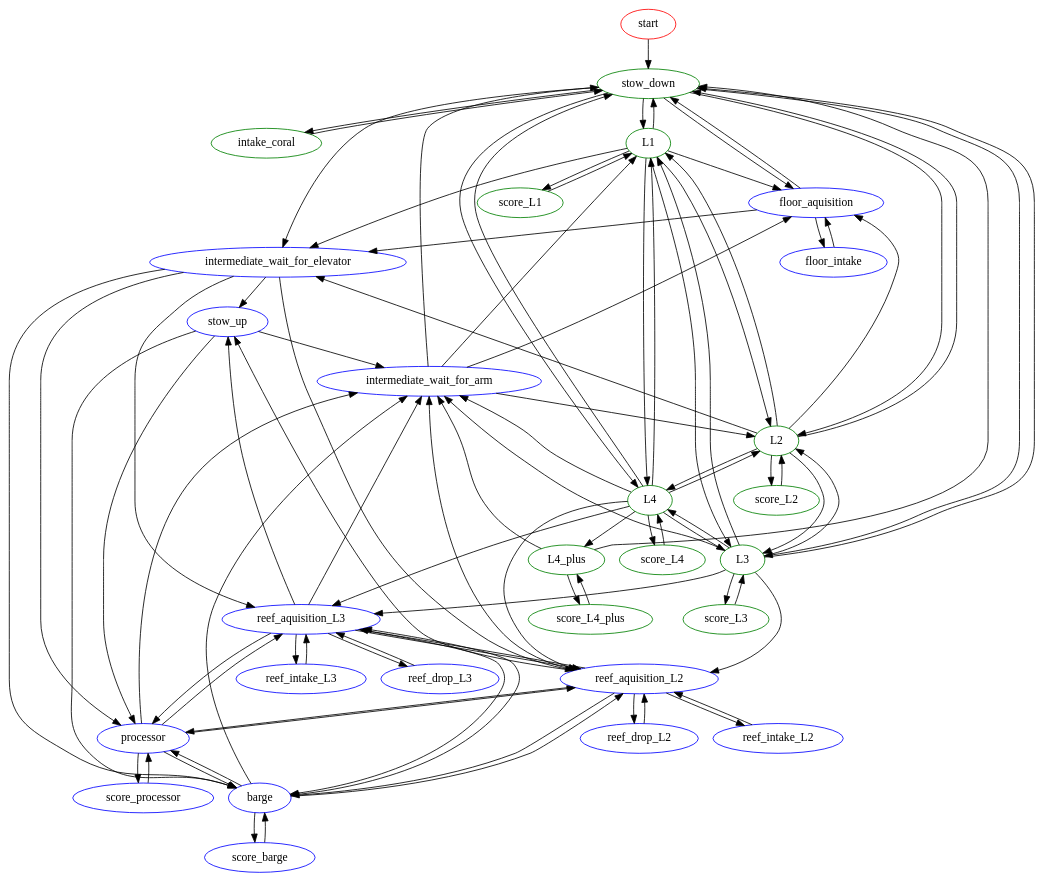
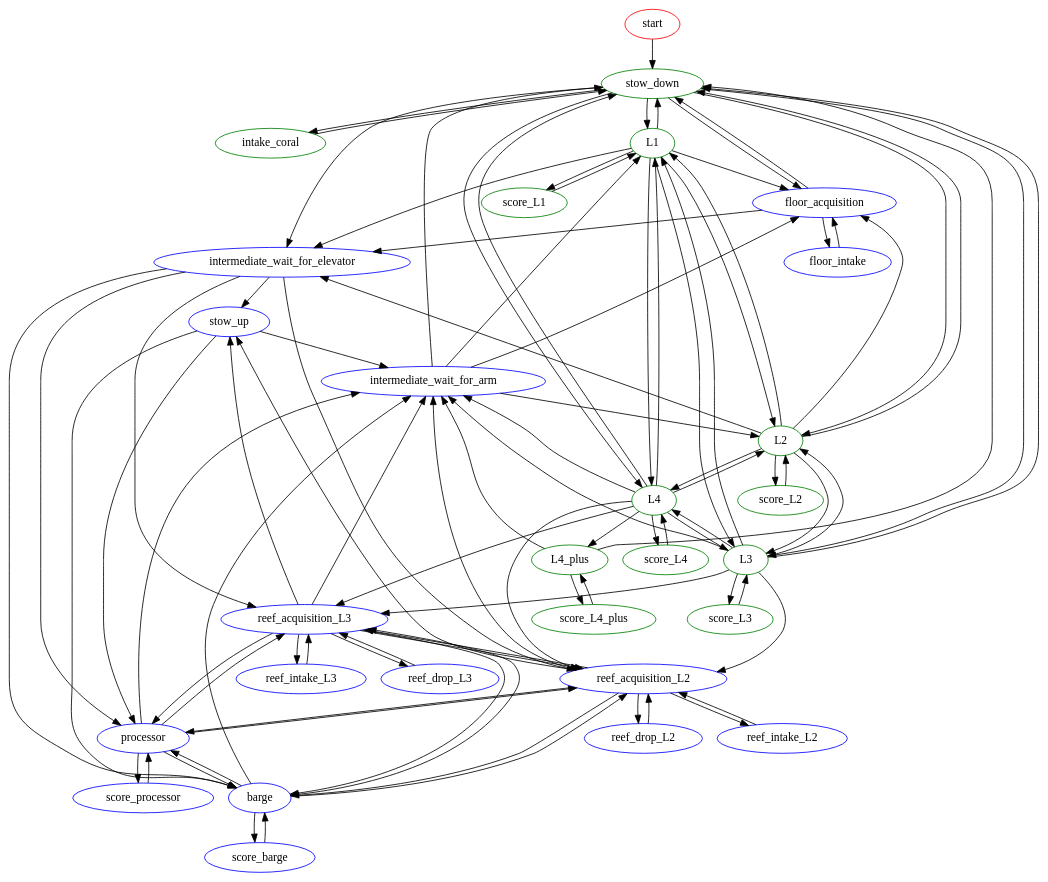
One commit to Team-190/2k25-Robot-Code changed the diagram in Superstructure.dot. Above: the diagram before and after it, drawn with Graphviz. The commit also changed 22 other files, not shown here.

```diff
--- a/Superstructure.dot
+++ b/Superstructure.dot
@@ -27,9 +27,9 @@
 
   stow_up [color = blue]
 
-  floor_aquisition [color = blue]
-  reef_aquisition_L2 [color = blue]
-  reef_aquisition_L3 [color = blue]
+  floor_acquisition [color = blue]
+  reef_acquisition_L2 [color = blue]
+  reef_acquisition_L3 [color = blue]
 
   barge [color = blue]
   processor [color = blue]
@@ -57,7 +57,7 @@
   
   stow_down -> intermediate_wait_for_elevator
 
-  stow_down -> floor_aquisition
+  stow_down -> floor_acquisition
 
   // intake coral
   intake_coral -> stow_down
@@ -73,7 +73,7 @@
 
   L1 -> intermediate_wait_for_elevator
 
-  L1 -> floor_aquisition
+  L1 -> floor_acquisition
 
   // L2
   L2 -> stow_down
@@ -86,7 +86,7 @@
   
   L2 -> intermediate_wait_for_elevator
 
-  L2 -> floor_aquisition
+  L2 -> floor_acquisition
 
   // L3
   L3 -> stow_down
@@ -99,8 +99,8 @@
   
   L3 -> intermediate_wait_for_arm
   
-  L3 -> reef_aquisition_L2
-  L3 -> reef_aquisition_L3
+  L3 -> reef_acquisition_L2
+  L3 -> reef_acquisition_L3
   
   // L4
   L4 -> stow_down
@@ -114,8 +114,8 @@
   
   L4 -> intermediate_wait_for_arm
   
-  L4 -> reef_aquisition_L2
-  L4 -> reef_aquisition_L3
+  L4 -> reef_acquisition_L2
+  L4 -> reef_acquisition_L3
   
   // L4_plus
   L4_plus -> stow_down
@@ -142,8 +142,8 @@
   // intermediate_wait_for_elevator
   intermediate_wait_for_elevator -> stow_up
   
-  intermediate_wait_for_elevator -> reef_aquisition_L2
-  intermediate_wait_for_elevator -> reef_aquisition_L3
+  intermediate_wait_for_elevator -> reef_acquisition_L2
+  intermediate_wait_for_elevator -> reef_acquisition_L3
   
   intermediate_wait_for_elevator -> barge
   intermediate_wait_for_elevator -> processor
@@ -154,7 +154,7 @@
   intermediate_wait_for_arm -> L1
   intermediate_wait_for_arm -> L2
   
-  intermediate_wait_for_arm -> floor_aquisition
+  intermediate_wait_for_arm -> floor_acquisition
   
   // stow_up
   stow_up -> intermediate_wait_for_arm
@@ -162,44 +162,44 @@
   stow_up -> barge
   stow_up -> processor
   
-  // floor_aquisition
-  floor_aquisition -> stow_down
+  // floor_acquisition
+  floor_acquisition -> stow_down
   
-  floor_aquisition -> intermediate_wait_for_elevator
+  floor_acquisition -> intermediate_wait_for_elevator
   
-  floor_aquisition -> floor_intake
+  floor_acquisition -> floor_intake
   
-  // reef_aquisition_L2
-  reef_aquisition_L2 -> intermediate_wait_for_arm
+  // reef_acquisition_L2
+  reef_acquisition_L2 -> intermediate_wait_for_arm
   
-  reef_aquisition_L2 -> stow_up
+  reef_acquisition_L2 -> stow_up
   
-  reef_aquisition_L2 -> reef_aquisition_L3
+  reef_acquisition_L2 -> reef_acquisition_L3
   
-  reef_aquisition_L2 -> barge
-  reef_aquisition_L2 -> processor
+  reef_acquisition_L2 -> barge
+  reef_acquisition_L2 -> processor
   
-  reef_aquisition_L2 -> reef_intake_L2
-  reef_aquisition_L2 -> reef_drop_L2
+  reef_acquisition_L2 -> reef_intake_L2
+  reef_acquisition_L2 -> reef_drop_L2
 
-  // reef_aquisition_L3
-  reef_aquisition_L3 -> intermediate_wait_for_arm
+  // reef_acquisition_L3
+  reef_acquisition_L3 -> intermediate_wait_for_arm
   
-  reef_aquisition_L3 -> stow_up
+  reef_acquisition_L3 -> stow_up
   
-  reef_aquisition_L3 -> reef_aquisition_L2
+  reef_acquisition_L3 -> reef_acquisition_L2
   
-  reef_aquisition_L3 -> barge
-  reef_aquisition_L3 -> processor
+  reef_acquisition_L3 -> barge
+  reef_acquisition_L3 -> processor
   
-  reef_aquisition_L3 -> reef_intake_L3
-  reef_aquisition_L3 -> reef_drop_L3
+  reef_acquisition_L3 -> reef_intake_L3
+  reef_acquisition_L3 -> reef_drop_L3
   
   // barge
   barge -> intermediate_wait_for_arm
   
-  barge -> reef_aquisition_L2
-  barge -> reef_aquisition_L3
+  barge -> reef_acquisition_L2
+  barge -> reef_acquisition_L3
   
   barge -> processor
   
@@ -208,27 +208,27 @@
   // processor
   processor -> intermediate_wait_for_arm
   
-  processor -> reef_aquisition_L2
-  processor -> reef_aquisition_L3
+  processor -> reef_acquisition_L2
+  processor -> reef_acquisition_L3
   
   processor -> barge
   
   processor -> score_processor
   
   // floor_intake
-  floor_intake -> floor_aquisition
+  floor_intake -> floor_acquisition
   
   // reef_intake_L2
-  reef_intake_L2 -> reef_aquisition_L2
+  reef_intake_L2 -> reef_acquisition_L2
   
   // reef_intake_L3
-  reef_intake_L3 -> reef_aquisition_L3
+  reef_intake_L3 -> reef_acquisition_L3
   
   // reef_drop_L2
-  reef_drop_L2 -> reef_aquisition_L2
+  reef_drop_L2 -> reef_acquisition_L2
   
   // reef_drop_L3
-  reef_drop_L3 -> reef_aquisition_L3
+  reef_drop_L3 -> reef_acquisition_L3
   
   // score_barge
   score_barge -> barge
```
